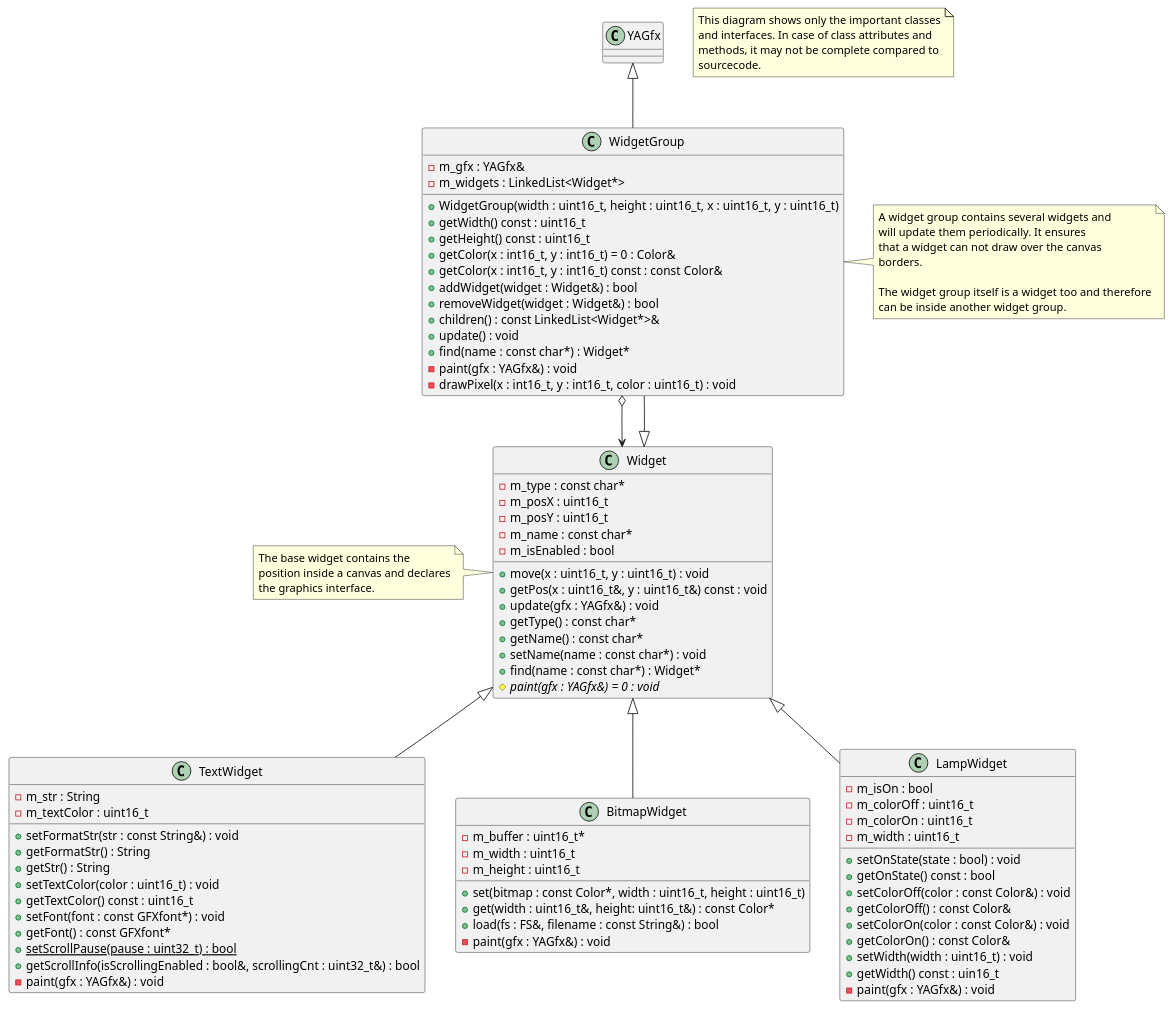
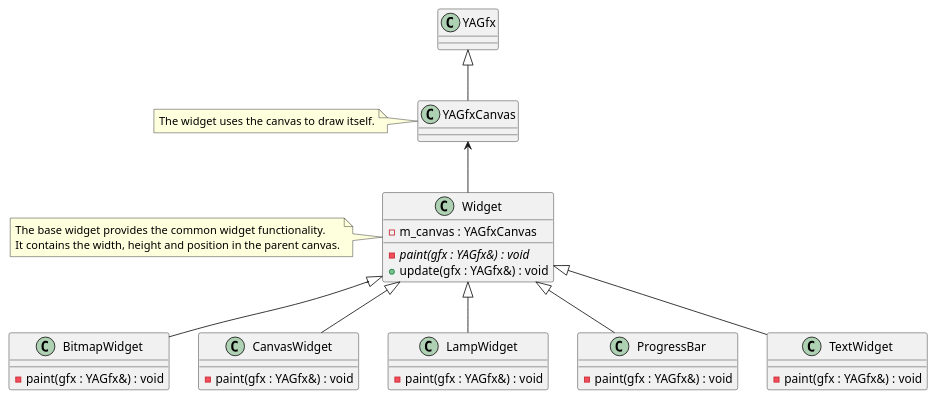
Before and after one commit to BlueAndi/Pixelix: the diagram in doc/architecture/uml/widgets.wsd, drawn with PlantUML. The commit also changed 134 other files, not shown here.

Commit message:
Support for different display sizes added. A plugin can have different views for the different display sizes. Which view to use will be decided on compile time by the CONFIG_LED_MATRIX_WIDTH and CONFIG_LED_MATRIX_HEIGHT.

```diff
--- a/doc/architecture/uml/widgets.wsd
+++ b/doc/architecture/uml/widgets.wsd
@@ -1,112 +1,49 @@
 @startuml
 
-note as N1
-    This diagram shows only the important classes
-    and interfaces. In case of class attributes and
-    methods, it may not be complete compared to
-    sourcecode.
-end note
+class YAGfx
+class YAGfxCanvas
 
-class YAGfx
-
-class WidgetGroup {
-    - m_gfx : YAGfx&
-    - m_widgets : LinkedList<Widget*>
-    + WidgetGroup(width : uint16_t, height : uint16_t, x : uint16_t, y : uint16_t)
-    + getWidth() const : uint16_t
-    + getHeight() const : uint16_t
-    + getColor(x : int16_t, y : int16_t) = 0 : Color&
-    + getColor(x : int16_t, y : int16_t) const : const Color&
-    + addWidget(widget : Widget&) : bool
-    + removeWidget(widget : Widget&) : bool
-    + children() : const LinkedList<Widget*>&
-    + update() : void
-    + find(name : const char*) : Widget*
-    - paint(gfx : YAGfx&) : void
-    - drawPixel(x : int16_t, y : int16_t, color : uint16_t) : void
-}
-
-YAGfx <|-- WidgetGroup
-Widget <|-- WidgetGroup
-WidgetGroup o--> Widget
-
-note right of WidgetGroup
-    A widget group contains several widgets and
-    will update them periodically. It ensures
-    that a widget can not draw over the canvas
-    borders.
-
-    The widget group itself is a widget too and therefore
-    can be inside another widget group.
+note left of YAGfxCanvas
+    The widget uses the canvas to draw itself.
 end note
 
 class Widget {
-    - m_type : const char*
-    - m_posX : uint16_t
-    - m_posY : uint16_t
-    - m_name : const char*
-    - m_isEnabled : bool
-    + move(x : uint16_t, y : uint16_t) : void
-    + getPos(x : uint16_t&, y : uint16_t&) const : void
+    - m_canvas : YAGfxCanvas
+    - {abstract} paint(gfx : YAGfx&) : void
     + update(gfx : YAGfx&) : void
-    + getType() : const char*
-    + getName() : const char*
-    + setName(name : const char*) : void
-    + find(name : const char*) : Widget*
-    # {abstract} paint(gfx : YAGfx&) = 0 : void
 }
 
 note left of Widget
-    The base widget contains the
-    position inside a canvas and declares
-    the graphics interface.
+    The base widget provides the common widget functionality.
+    It contains the width, height and position in the parent canvas.
 end note
 
-class TextWidget {
-    - m_str : String
-    - m_textColor : uint16_t
-    + setFormatStr(str : const String&) : void
-    + getFormatStr() : String
-    + getStr() : String
-    + setTextColor(color : uint16_t) : void
-    + getTextColor() const : uint16_t
-    + setFont(font : const GFXfont*) : void
-    + getFont() : const GFXfont*
-    + {static} setScrollPause(pause : uint32_t) : bool
-    + getScrollInfo(isScrollingEnabled : bool&, scrollingCnt : uint32_t&) : bool
+YAGfx <|-- YAGfxCanvas
+YAGfxCanvas <-- Widget
+
+class BitmapWidget {
+    - paint(gfx : YAGfx&) : void
+}
+class CanvasWidget {
     - paint(gfx : YAGfx&) : void
 }
 
-Widget <|-- TextWidget
+class LampWidget {
+    - paint(gfx : YAGfx&) : void
+}
 
-class BitmapWidget {
-    - m_buffer : uint16_t*
-    - m_width : uint16_t
-    - m_height : uint16_t
-    + set(bitmap : const Color*, width : uint16_t, height : uint16_t)
-    + get(width : uint16_t&, height: uint16_t&) : const Color*
-    + load(fs : FS&, filename : const String&) : bool
+class ProgressBar {
+    - paint(gfx : YAGfx&) : void
+}
+
+class TextWidget {
     - paint(gfx : YAGfx&) : void
 }
 
 Widget <|-- BitmapWidget
-
-class LampWidget {
-    - m_isOn : bool
-    - m_colorOff : uint16_t
-    - m_colorOn : uint16_t
-    - m_width : uint16_t
-    + setOnState(state : bool) : void
-    + getOnState() const : bool
-    + setColorOff(color : const Color&) : void
-    + getColorOff() : const Color&
-    + setColorOn(color : const Color&) : void
-    + getColorOn() : const Color&
-    + setWidth(width : uint16_t) : void
-    + getWidth() const : uin16_t
-    - paint(gfx : YAGfx&) : void
-}
-
+Widget <|-- CanvasWidget
 Widget <|-- LampWidget
+Widget <|-- ProgressBar
+Widget <|-- TextWidget
 
 @enduml
```
